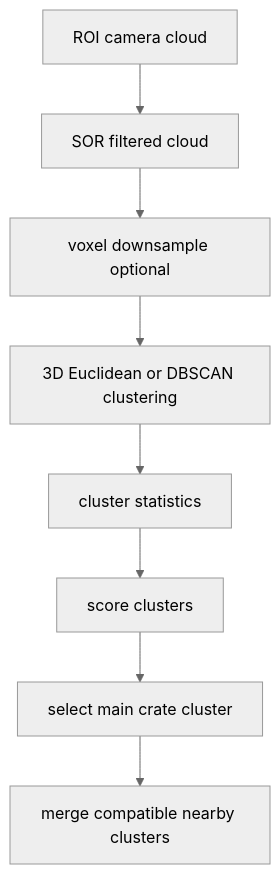
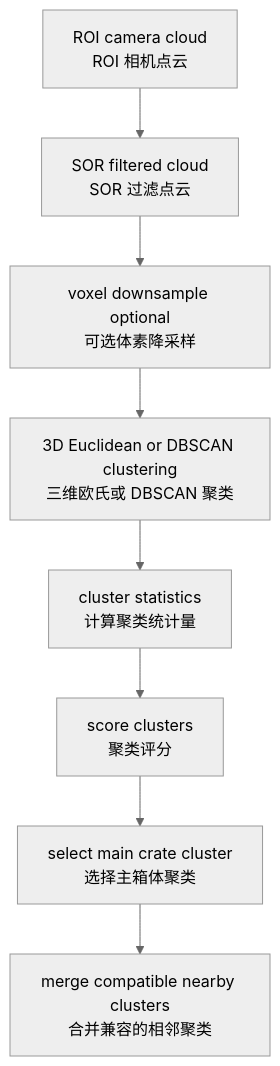
One commit to liujun0808/detect_box_ws changed the second of 4 diagrams in pointcloud_filter_and_position_optimization.md. Above: the diagram before and after it, drawn with Mermaid (neutral theme). The commit also changed other lines of this file and 15 other files, not shown here.

```diff
--- a/pointcloud_filter_and_position_optimization.md
+++ b/pointcloud_filter_and_position_optimization.md
@@ -323,10 +340,10 @@
 ~~~mermaid
 flowchart TD
-    A[ROI camera cloud] --> B[SOR filtered cloud]
-    B --> C[voxel downsample optional]
-    C --> D[3D Euclidean or DBSCAN clustering]
-    D --> E[cluster statistics]
-    E --> F[score clusters]
-    F --> G[select main crate cluster]
-    G --> H[merge compatible nearby clusters]
+    A[ROI camera cloud<br/>ROI 相机点云] --> B[SOR filtered cloud<br/>SOR 过滤点云]
+    B --> C[voxel downsample optional<br/>可选体素降采样]
+    C --> D[3D Euclidean or DBSCAN clustering<br/>三维欧氏或 DBSCAN 聚类]
+    D --> E[cluster statistics<br/>计算聚类统计量]
+    E --> F[score clusters<br/>聚类评分]
+    F --> G[select main crate cluster<br/>选择主箱体聚类]
+    G --> H[merge compatible nearby clusters<br/>合并兼容的相邻聚类]
 ~~~
```
